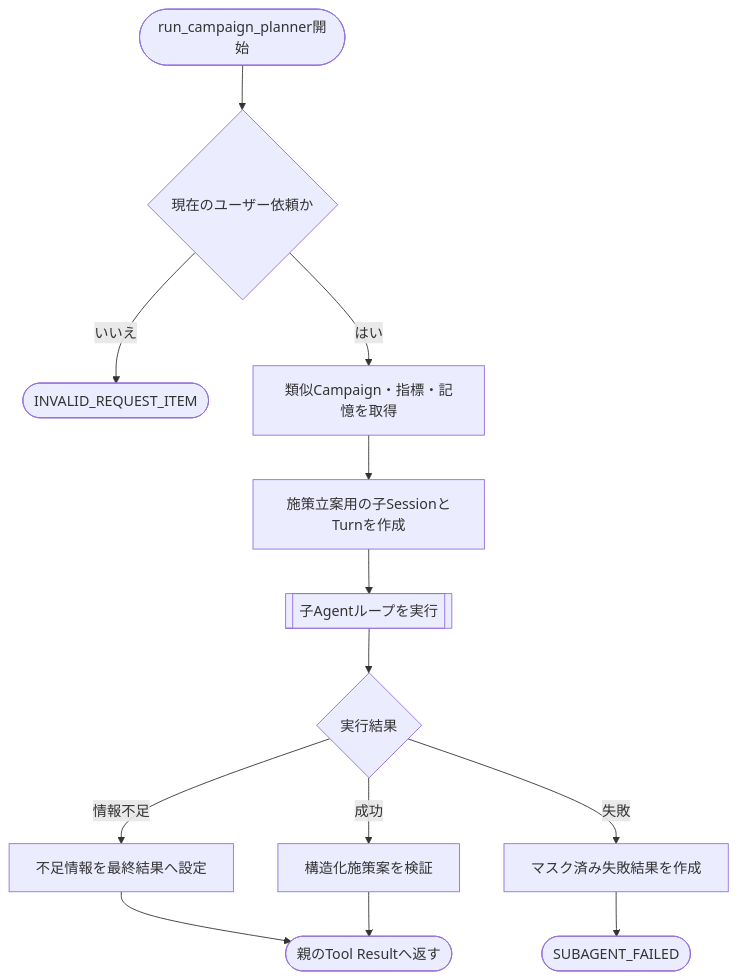
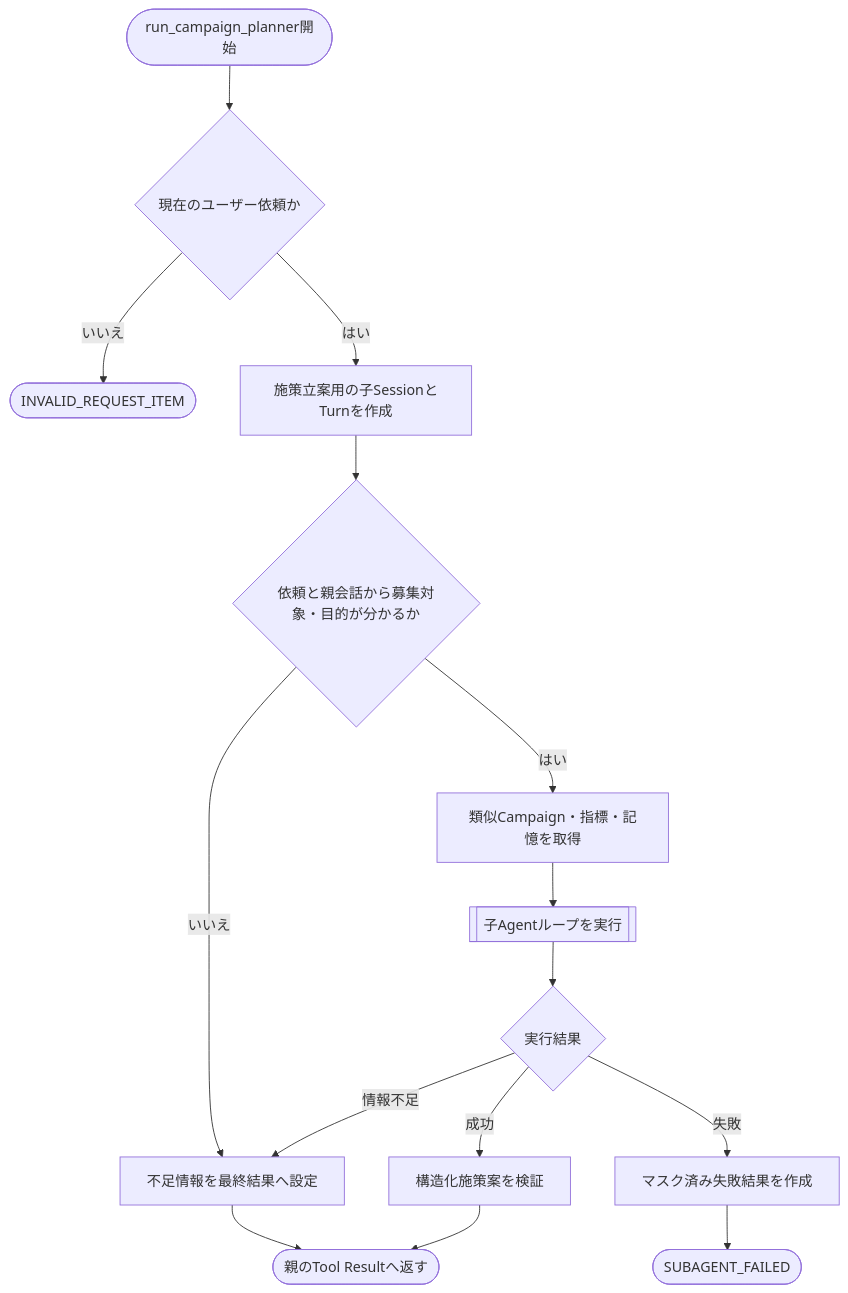
Diagram 14 of 20 in docs/v.0.1/AGENT_DESIGN.md (nishimura-yuma77/hiromeru), drawn with Mermaid before and after one commit. The commit also changed other lines of this file and 5 other files, not shown here.

````diff
--- a/docs/v.0.1/AGENT_DESIGN.md
+++ b/docs/v.0.1/AGENT_DESIGN.md
@@ -496,15 +498,17 @@
 ```mermaid
 flowchart TD
     START([run_campaign_planner開始]) --> VALIDATE{現在のユーザー依頼か}
     VALIDATE -- いいえ --> END_INVALID([INVALID_REQUEST_ITEM])
-    VALIDATE -- はい --> RECALL[類似Campaign・指標・記憶を取得]
-    RECALL --> CHILD[施策立案用の子SessionとTurnを作成]
-    CHILD --> LOOP[[子Agentループを実行]]
+    VALIDATE -- はい --> CHILD[施策立案用の子SessionとTurnを作成]
+    CHILD --> BRIEF{依頼と親会話から募集対象・目的が分かるか}
+    BRIEF -- いいえ --> MISSING[不足情報を最終結果へ設定]
+    BRIEF -- はい --> RECALL[類似Campaign・指標・記憶を取得]
+    RECALL --> LOOP[[子Agentループを実行]]
     LOOP --> RESULT{実行結果}
     RESULT -- 情報不足 --> MISSING[不足情報を最終結果へ設定]
     RESULT -- 失敗 --> FAILURE[マスク済み失敗結果を作成]
     RESULT -- 成功 --> PROPOSAL[構造化施策案を検証]
     MISSING --> END_OK([親のTool Resultへ返す])
     FAILURE --> END_FAILED([SUBAGENT_FAILED])
     PROPOSAL --> END_OK
 ```
````
